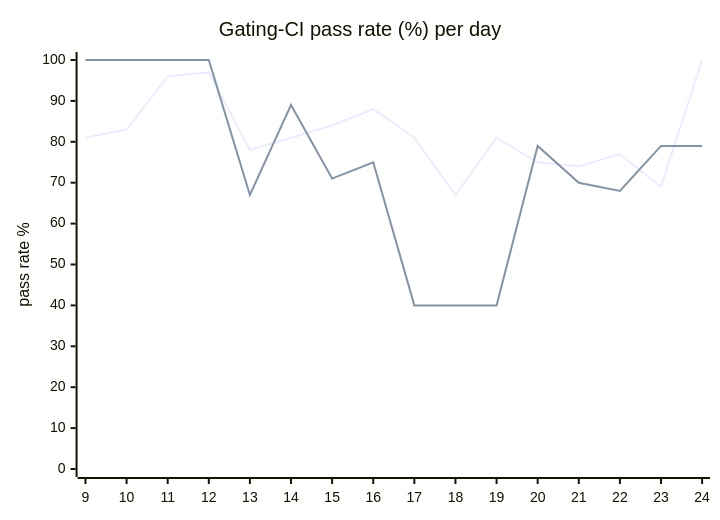
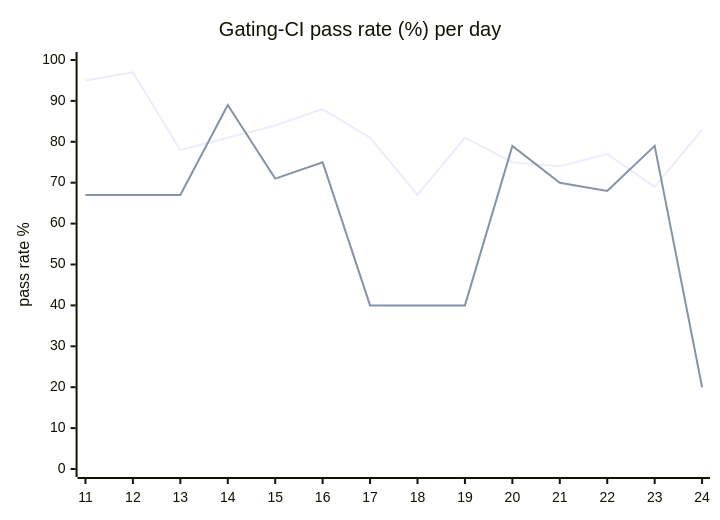
Before and after one commit to hatchet-dev/hatchet: the diagram in hack/ci/ci-dashboard/staging/issue.md, drawn with Mermaid. The commit also changed other lines of this file, not shown here.

````diff
--- a/hack/ci/ci-dashboard/staging/issue.md
+++ b/hack/ci/ci-dashboard/staging/issue.md
@@ -9,8 +9,8 @@
 ```mermaid
 xychart-beta
   title "Gating-CI pass rate (%) per day"
-  x-axis [9, 10, 11, 12, 13, 14, 15, 16, 17, 18, 19, 20, 21, 22, 23, 24]
+  x-axis [11, 12, 13, 14, 15, 16, 17, 18, 19, 20, 21, 22, 23, 24]
   y-axis "pass rate %" 0 --> 100
-  line "CI" [81, 83, 96, 97, 78, 81, 84, 88, 81, 67, 81, 75, 74, 77, 69, 100]
-  line "main" [100, 100, 100, 100, 67, 89, 71, 75, 40, 40, 40, 79, 70, 68, 79, 79]
+  line "CI" [95, 97, 78, 81, 84, 88, 81, 67, 81, 75, 74, 77, 69, 83]
+  line "main" [67, 67, 67, 89, 71, 75, 40, 40, 40, 79, 70, 68, 79, 20]
 ```
````
